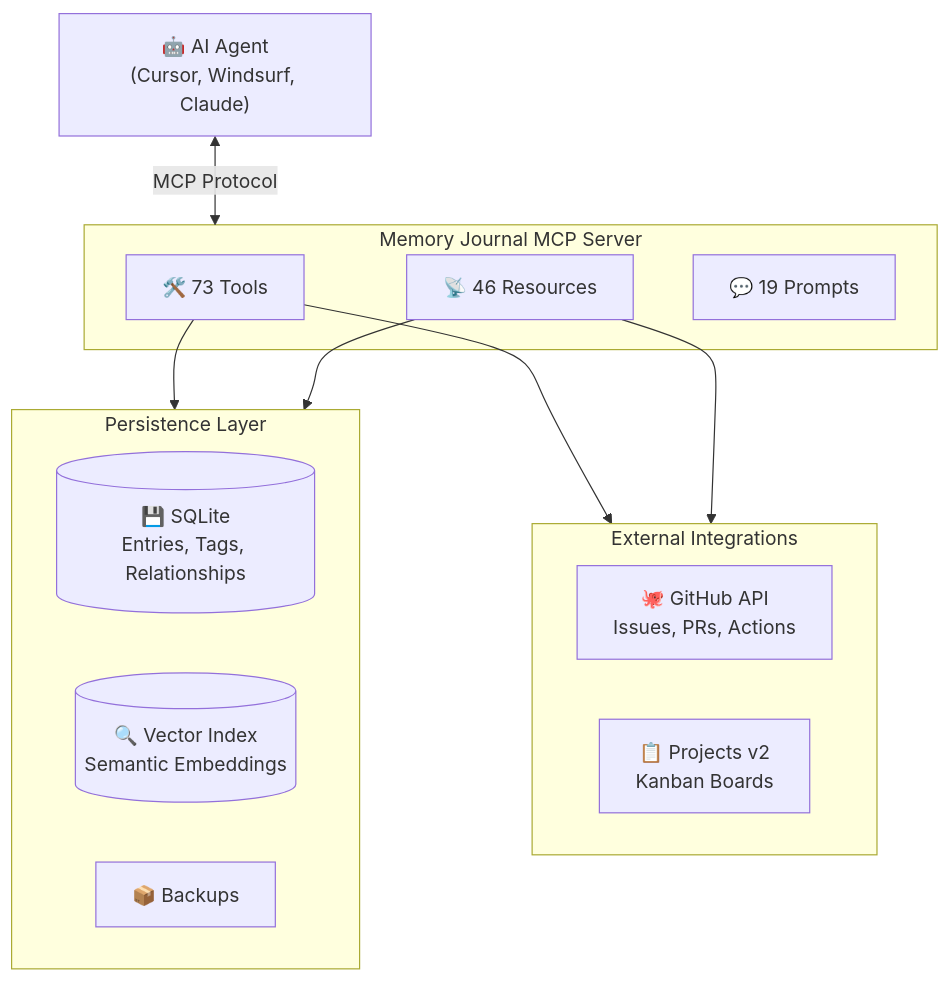
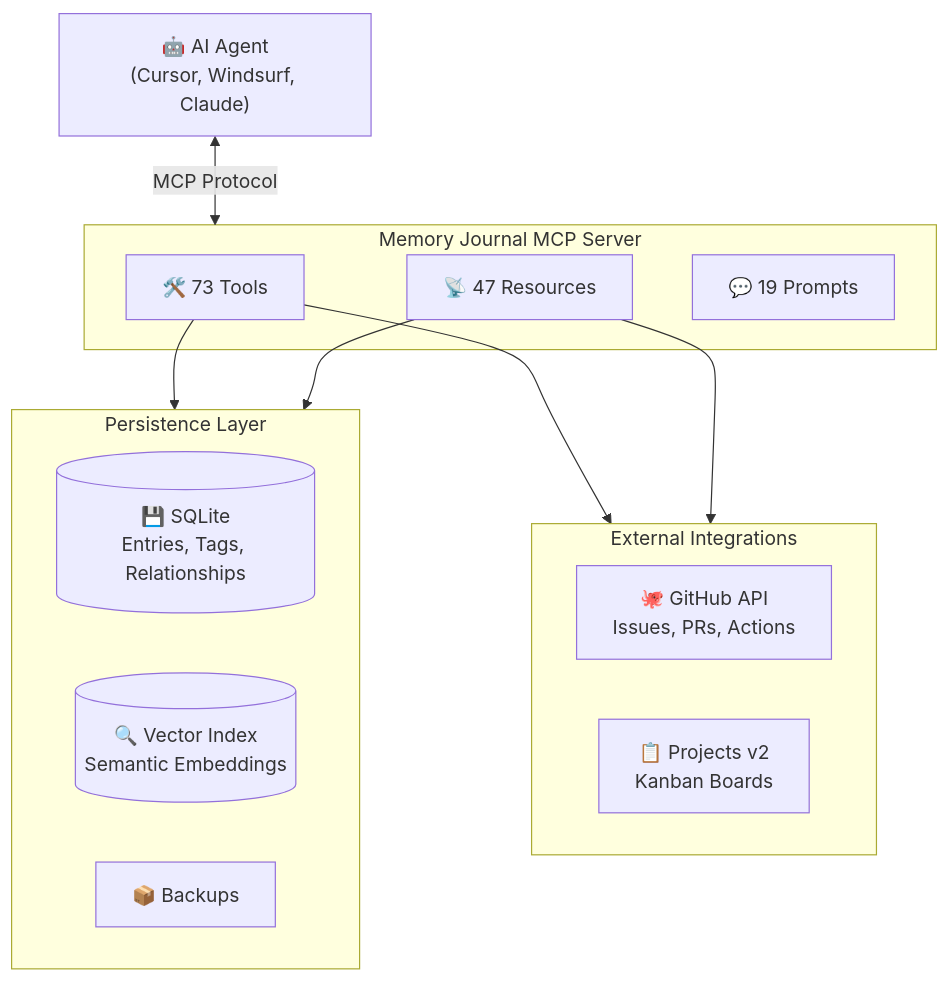
One commit to neverinfamous/memory-journal-mcp changed the second of 2 diagrams in README.md. Above: the diagram before and after it, drawn with Mermaid. The commit also changed other lines of this file and 17 other files, not shown here.

````diff
--- a/README.md
+++ b/README.md
@@ -751,27 +752,27 @@
 ```mermaid
 flowchart TB
     AI["🤖 AI Agent<br/>(Cursor, Windsurf, Claude)"]
 
     subgraph MCP["Memory Journal MCP Server"]
         Tools["🛠️ 73 Tools"]
-        Resources["📡 46 Resources"]
+        Resources["📡 47 Resources"]
         Prompts["💬 19 Prompts"]
     end
 
     subgraph Storage["Persistence Layer"]
         SQLite[("💾 SQLite<br/>Entries, Tags, Relationships")]
         Vector[("🔍 Vector Index<br/>Semantic Embeddings")]
         Backups["📦 Backups"]
     end
 
     subgraph External["External Integrations"]
         GitHub["🐙 GitHub API<br/>Issues, PRs, Actions"]
         Kanban["📋 Projects v2<br/>Kanban Boards"]
     end
 
     AI <-->|"MCP Protocol"| MCP
     Tools --> Storage
     Tools --> External
     Resources --> Storage
     Resources --> External
 ```
````
